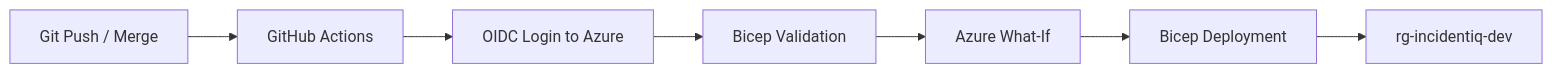
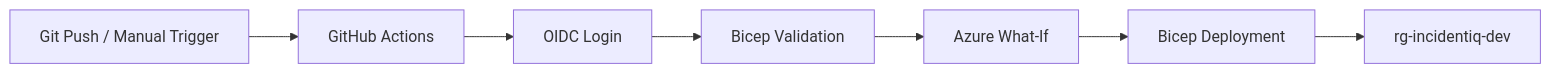
Before and after one commit to danielmusselwhite/IncidentIQ: the fourth of 5 diagrams in infra/ReadMe.md, drawn with Mermaid. The commit also changed other lines of this file and 31 other files, not shown here.

````diff
--- a/infra/ReadMe.md
+++ b/infra/ReadMe.md
@@ -343,9 +438,9 @@
 ```mermaid
 flowchart LR
-    A[Git Push / Merge] --> B[GitHub Actions]
-    B --> C[OIDC Login to Azure]
+    A[Git Push / Manual Trigger] --> B[GitHub Actions]
+    B --> C[OIDC Login]
     C --> D[Bicep Validation]
     D --> E[Azure What-If]
     E --> F[Bicep Deployment]
     F --> G[rg-incidentiq-dev]
 ```
````
